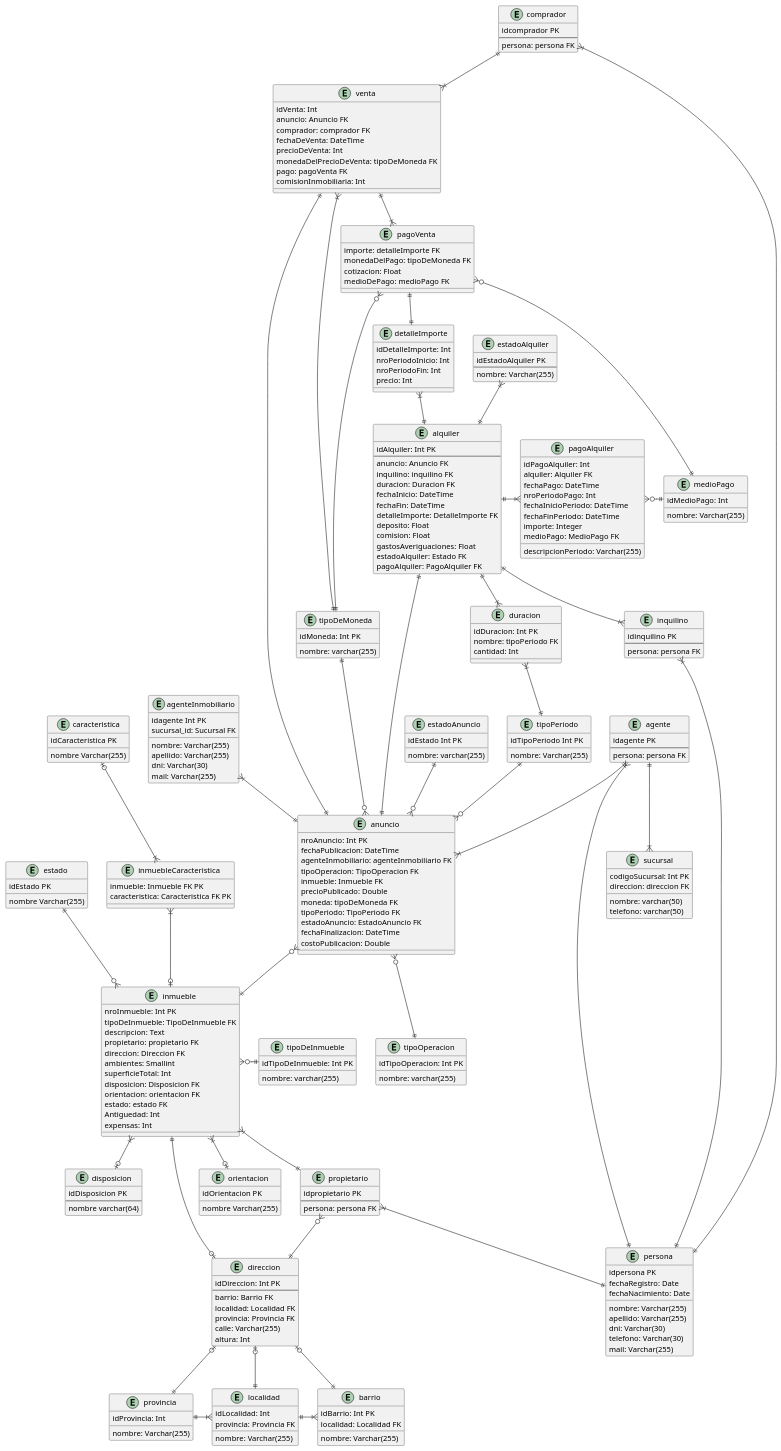
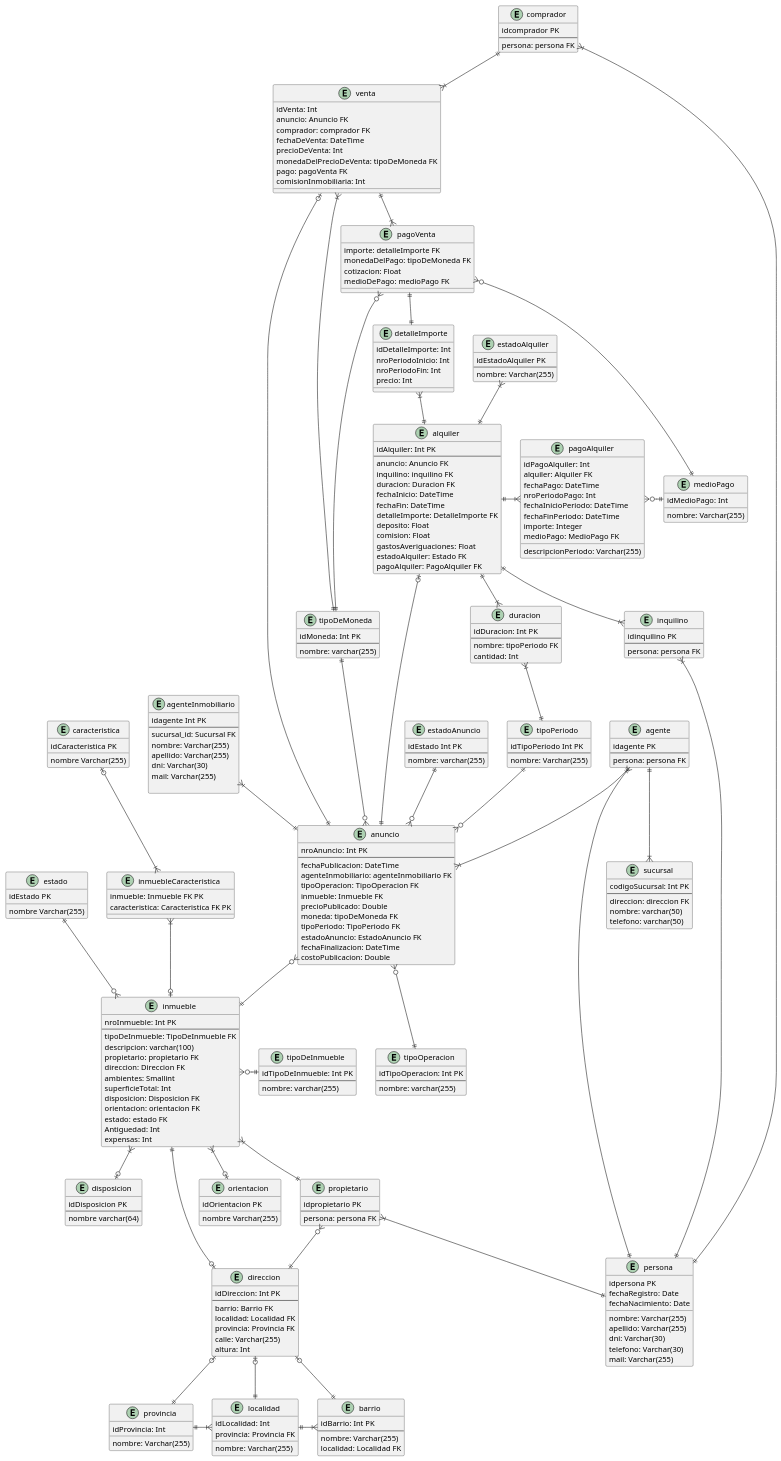
Before and after one commit to manutorrente/TP-GDD: the diagram in der.wsd, drawn with PlantUML. The commit also changed 1 other file, not shown here.

```diff
--- a/der.wsd
+++ b/der.wsd
@@ -20,6 +20,7 @@
 
 entity duracion {
     idDuracion: Int PK
+    --
     nombre: tipoPeriodo FK
     cantidad: Int
 }
@@ -70,6 +71,7 @@
 
 entity sucursal {
     codigoSucursal: Int PK
+    --
     direccion: direccion FK
     nombre: varchar(50)
     telefono: varchar(50)
@@ -77,6 +79,7 @@
 
 entity anuncio {
     nroAnuncio: Int PK
+    --
     fechaPublicacion: DateTime
     agenteInmobiliario: agenteInmobiliario FK
     tipoOperacion: TipoOperacion FK
@@ -91,14 +94,16 @@
 
 entity tipoDeMoneda {
     idMoneda: Int PK
+    --
     nombre: varchar(255)
 }
 
 /' PUNTO 1 '/
 entity inmueble {
     nroInmueble: Int PK
+    --
     tipoDeInmueble: TipoDeInmueble FK  
-    descripcion: Text
+    descripcion: varchar(100)
     propietario: propietario FK
     direccion: Direccion FK
     ambientes: Smallint
@@ -112,6 +117,7 @@
 
 entity tipoDeInmueble {
     idTipoDeInmueble: Int PK
+    --
     nombre: varchar(255)
 }
 
@@ -119,18 +125,18 @@
 entity direccion {
     idDireccion: Int PK
     --
-    barrio: Barrio FK 
-    localidad: Localidad FK
-    provincia: Provincia FK
+    barrio: Barrio FK
+    localidad: Localidad FK 
+    provincia: Provincia FK 
     calle: Varchar(255)
     altura: Int
 }
 
 entity barrio {
     idBarrio: Int PK
+    --
     nombre: Varchar(255)
     localidad: Localidad FK
-
 }
 
 entity localidad {
@@ -153,11 +159,13 @@
 
 entity tipoOperacion {
     idTipoOperacion: Int PK
+    --
     nombre: varchar(255)
 }
 
 entity agenteInmobiliario {
     idagente Int PK
+    --
     sucursal_id: Sucursal FK    
     nombre: Varchar(255)
     apellido: Varchar(255)
@@ -175,11 +183,13 @@
 
 entity tipoPeriodo {
     idTipoPeriodo Int PK
+    --
     nombre: Varchar(255)
 }
 
 entity estadoAnuncio {
     idEstado Int PK
+    --
     nombre: varchar(255) 
 }
 
@@ -277,7 +287,7 @@
 detalleImporte }|--||alquiler 
 alquiler ||-|{ pagoAlquiler
 estadoAlquiler }|--|| alquiler
-alquiler ||--|| anuncio
+alquiler |o--|| anuncio
 alquiler ||--|{ duracion
 
 duracion }|--|| tipoPeriodo
@@ -288,7 +298,7 @@
 ' medioPago ||--o{ pagoAlquiler
 
 ' Venta
-venta ||--|| anuncio
+venta |o--|| anuncio
 venta }|--|| tipoDeMoneda
 venta ||--|{ pagoVenta
 pagoVenta ||--||detalleImporte
```
